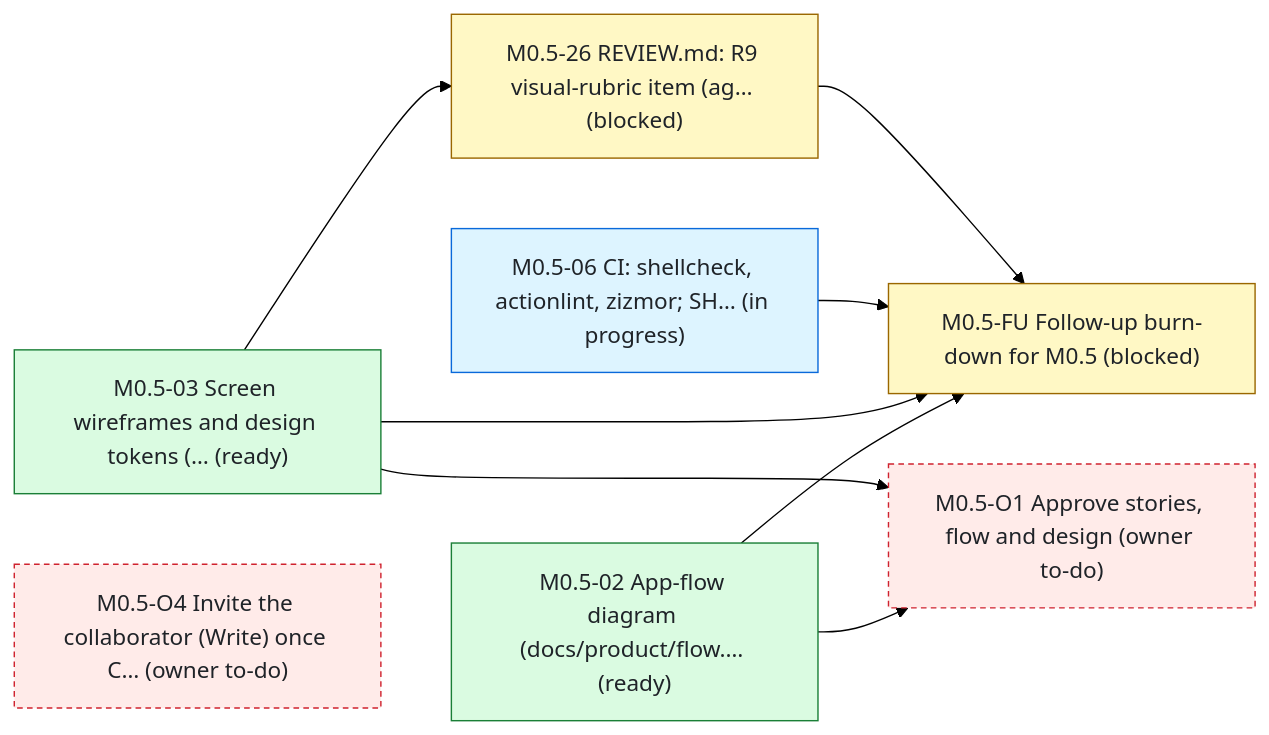
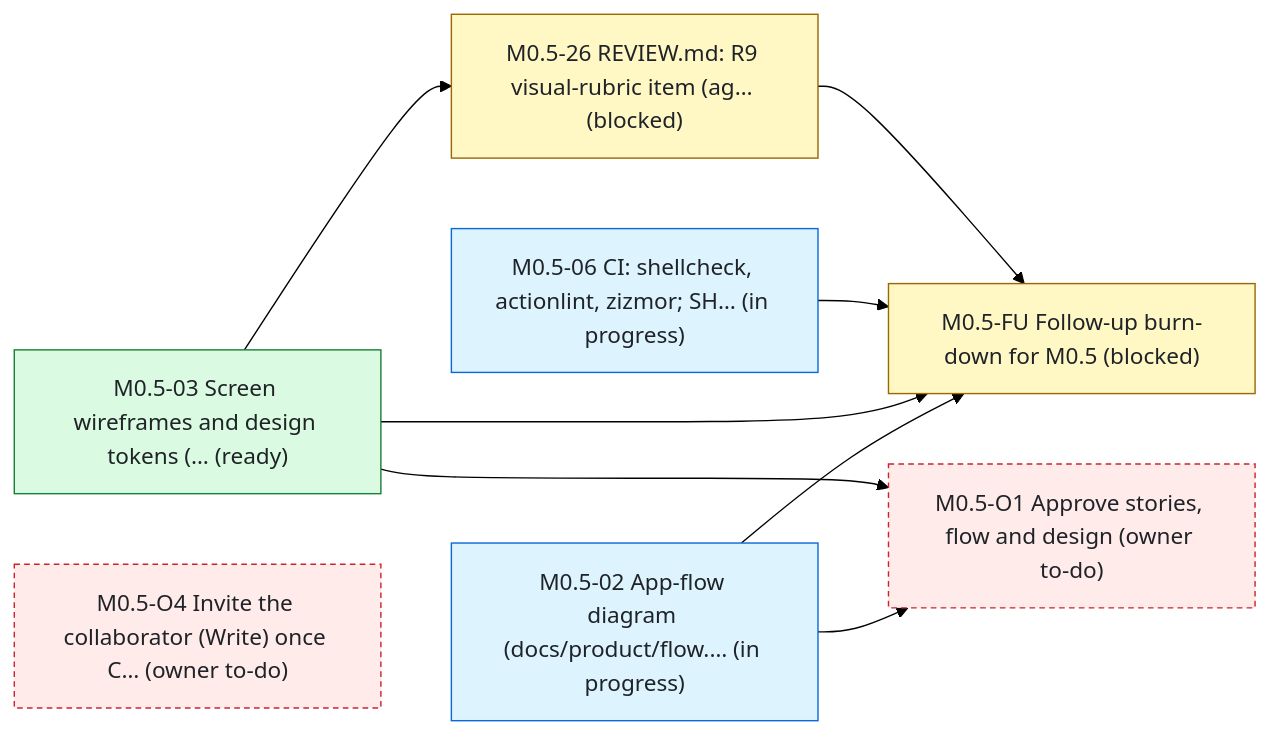
Before and after one commit to bondo/listicles2: the first of 2 diagrams in status.md, drawn with Mermaid (forest theme). The commit also changed other lines of this file and 2 other files, not shown here.

Commit message:
status: update

````diff
--- a/status.md
+++ b/status.md
@@ -108,22 +108,22 @@
 ```mermaid
 flowchart LR
-    n0["M0.5-02 App-flow diagram (docs/product/flow.… (ready)"]:::ready
+    n0["M0.5-02 App-flow diagram (docs/product/flow.… (in progress)"]:::progress
     n1["M0.5-03 Screen wireframes and design tokens (… (ready)"]:::ready
     n2["M0.5-06 CI: shellcheck, actionlint, zizmor#59; SH… (in progress)"]:::progress
     n3["M0.5-FU Follow-up burn-down for M0.5 (blocked)"]:::blocked
     n4["M0.5-O1 Approve stories, flow and design (owner to-do)"]:::owner
     n5["M0.5-26 REVIEW.md: R9 visual-rubric item (ag… (blocked)"]:::blocked
     n6["M0.5-O4 Invite the collaborator (Write) once C… (owner to-do)"]:::owner
     n0 --> n3
     n1 --> n3
     n2 --> n3
     n5 --> n3
     n0 --> n4
     n1 --> n4
     n1 --> n5
     classDef ready fill:#dafbe1,stroke:#1a7f37,color:#1f2328
     classDef progress fill:#ddf4ff,stroke:#0969da,color:#1f2328
     classDef blocked fill:#fff8c5,stroke:#9a6700,color:#1f2328
     classDef owner fill:#ffebe9,stroke:#cf222e,color:#1f2328,stroke-dasharray:4 3
     classDef ext fill:#eaeef2,stroke:#59636e,color:#1f2328,stroke-dasharray:2 2
 ```
````
